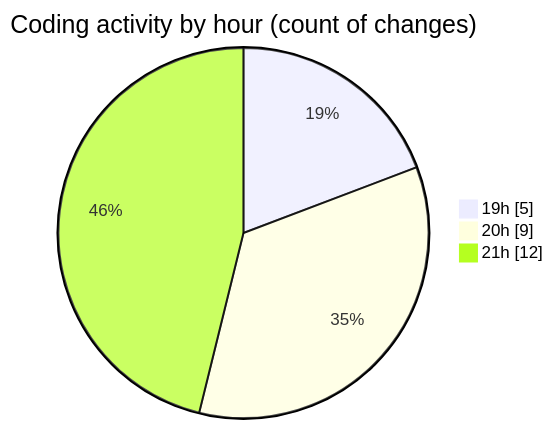
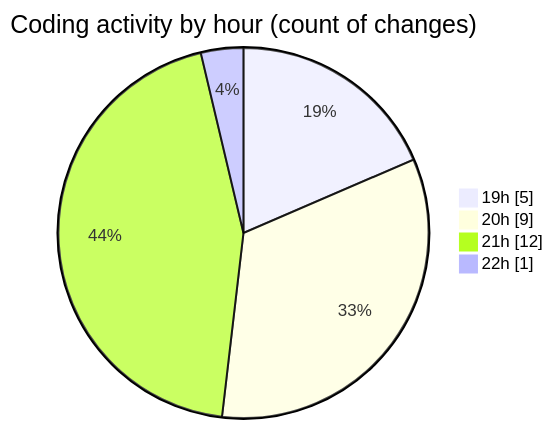
The second of 2 diagrams in 2025-02-19/micros/README.md (charlie-sans/code-tracking), drawn with Mermaid before and after one commit. The commit also changed other lines of this file and 1 other file, not shown here.

````diff
--- a/2025-02-19/micros/README.md
+++ b/2025-02-19/micros/README.md
@@ -40,7 +41,8 @@
 ```mermaid
 pie showData
 title Coding activity by hour (count of changes)
 "19h" : 5
 "20h" : 9
 "21h" : 12
+"22h" : 1
 ```
````
